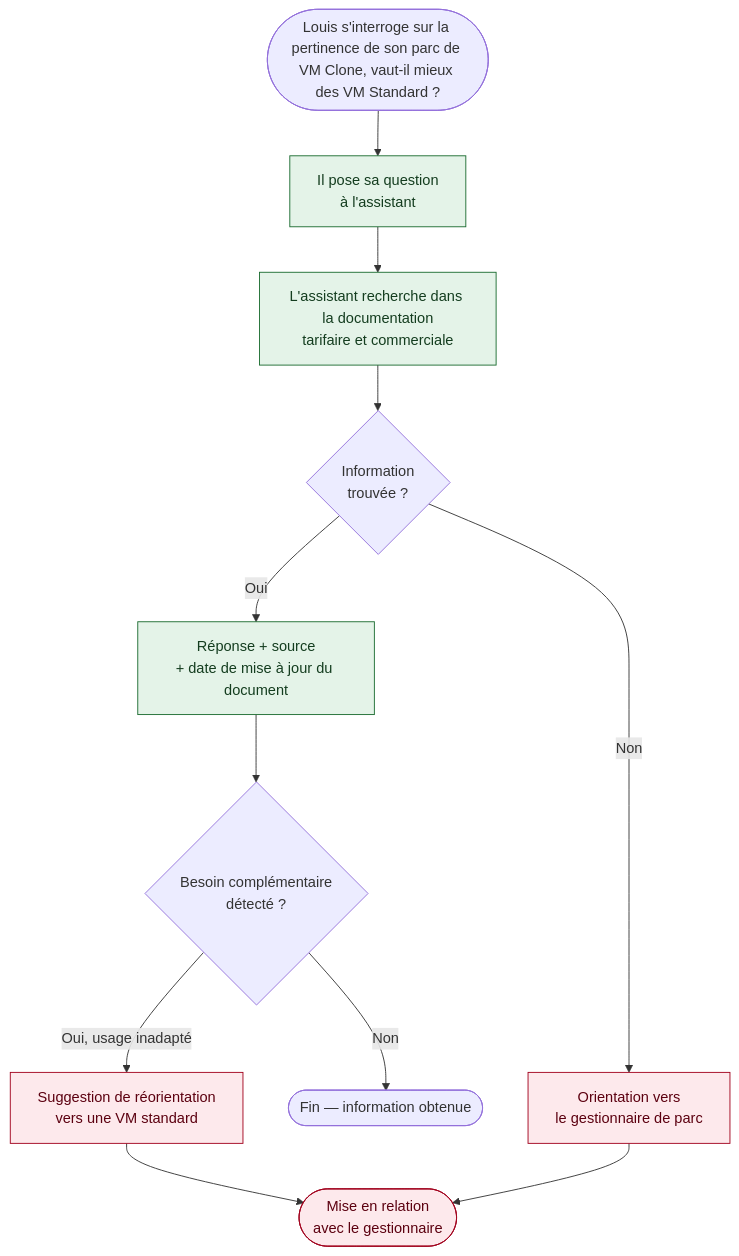
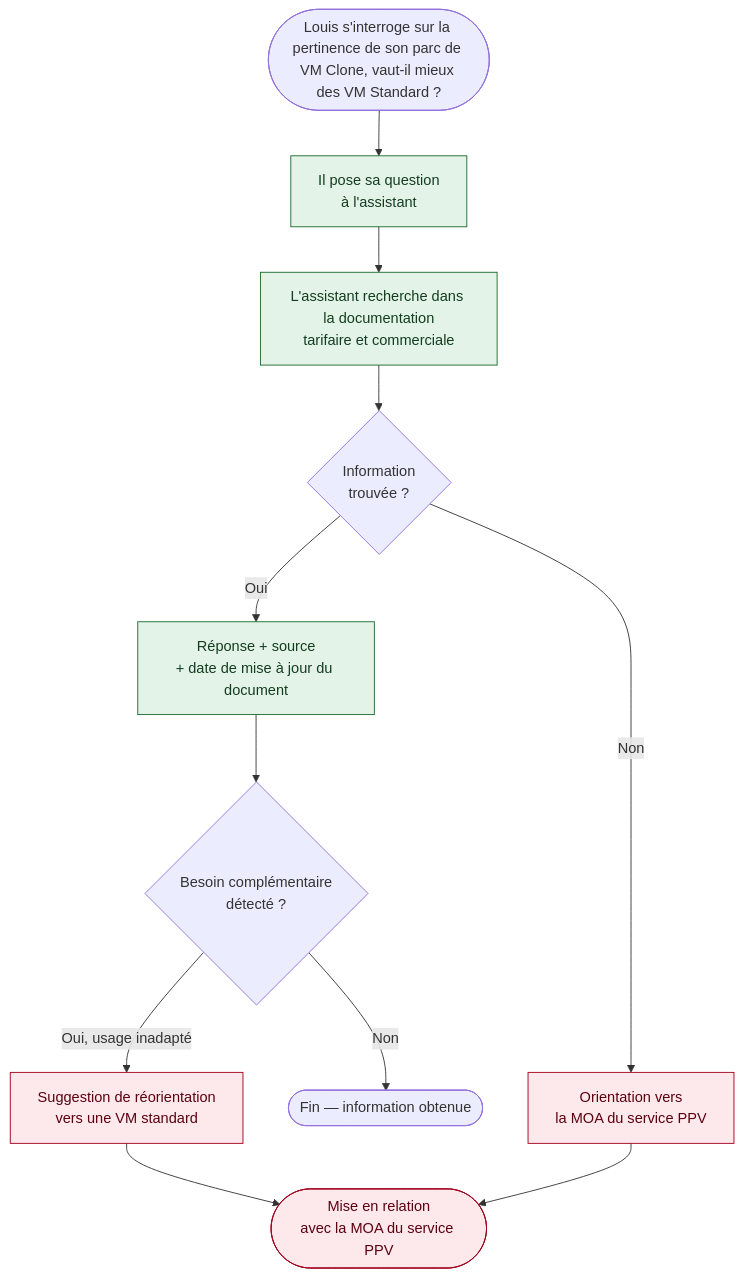
The diagram in 9-userflow-recherche-information.md (margotmc-web/Chatbot_PPV_BC07), drawn with Mermaid before and after one commit.

````diff
--- a/9-userflow-recherche-information.md
+++ b/9-userflow-recherche-information.md
@@ -5,20 +5,20 @@
 ```mermaid
 flowchart TD
     A([Louis s'interroge sur la pertinence de son parc de VM Clone, vaut-il mieux des VM Standard ?]) --> B["Il pose sa question<br/>à l'assistant"]
     B --> C["L'assistant recherche dans la documentation<br/>tarifaire et commerciale"]
     C --> D{"Information<br/>trouvée ?"}
 
     D -->|Oui| E["Réponse + source<br/>+ date de mise à jour du document"]
-    D -->|Non| F["Orientation vers<br/>le gestionnaire de parc"]
+    D -->|Non| F["Orientation vers<br/>la MOA du service PPV"]
 
     E --> G{"Besoin complémentaire<br/>détecté ?"}
     G -->|Non| H([Fin — information obtenue])
     G -->|"Oui, usage inadapté"| I["Suggestion de réorientation<br/>vers une VM standard"]
-    I --> J([Mise en relation<br/>avec le gestionnaire])
+    I --> J([Mise en relation<br/>avec la MOA du service PPV])
     F --> J
 
     classDef ok fill:#e4f3e8,stroke:#1a6b2f,color:#143d1f;
     classDef todo fill:#fde9ec,stroke:#a1001c,color:#5c0010;
     class B,C,E ok
     class F,I,J todo
 ```
````
